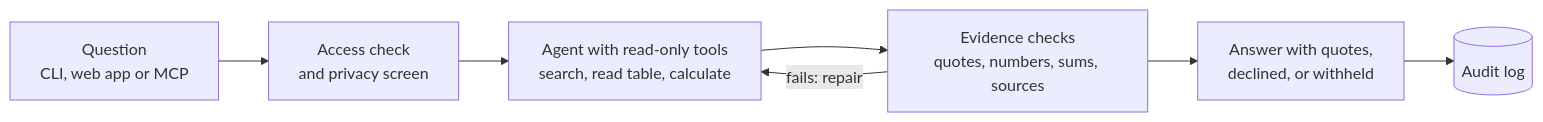
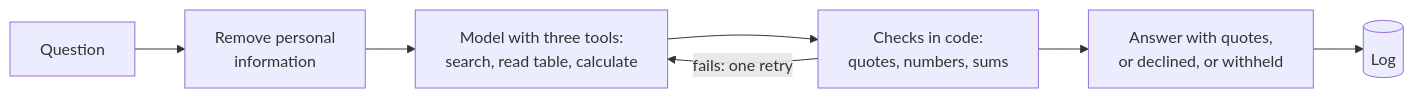
The diagram in README.md (Treasure1201/kestrel), drawn with Mermaid before and after one commit. The commit also changed other lines of this file, not shown here.

````diff
--- a/README.md
+++ b/README.md
@@ -15,9 +36,9 @@
 ```mermaid
 flowchart LR
-    Q["Question<br/>CLI, web app or MCP"] --> A["Access check<br/>and privacy screen"]
-    A --> G["Agent with read-only tools<br/>search, read table, calculate"]
-    G --> C["Evidence checks<br/>quotes, numbers, sums, sources"]
-    C -- "fails: repair" --> G
-    C --> R["Answer with quotes,<br/>declined, or withheld"]
-    R --> L[("Audit log")]
+    Q["Question"] --> P["Remove personal<br/>information"]
+    P --> G["Model with three tools:<br/>search, read table, calculate"]
+    G --> C["Checks in code:<br/>quotes, numbers, sums"]
+    C -- "fails: one retry" --> G
+    C --> R["Answer with quotes,<br/>or declined, or withheld"]
+    R --> L[("Log")]
 ```
````
